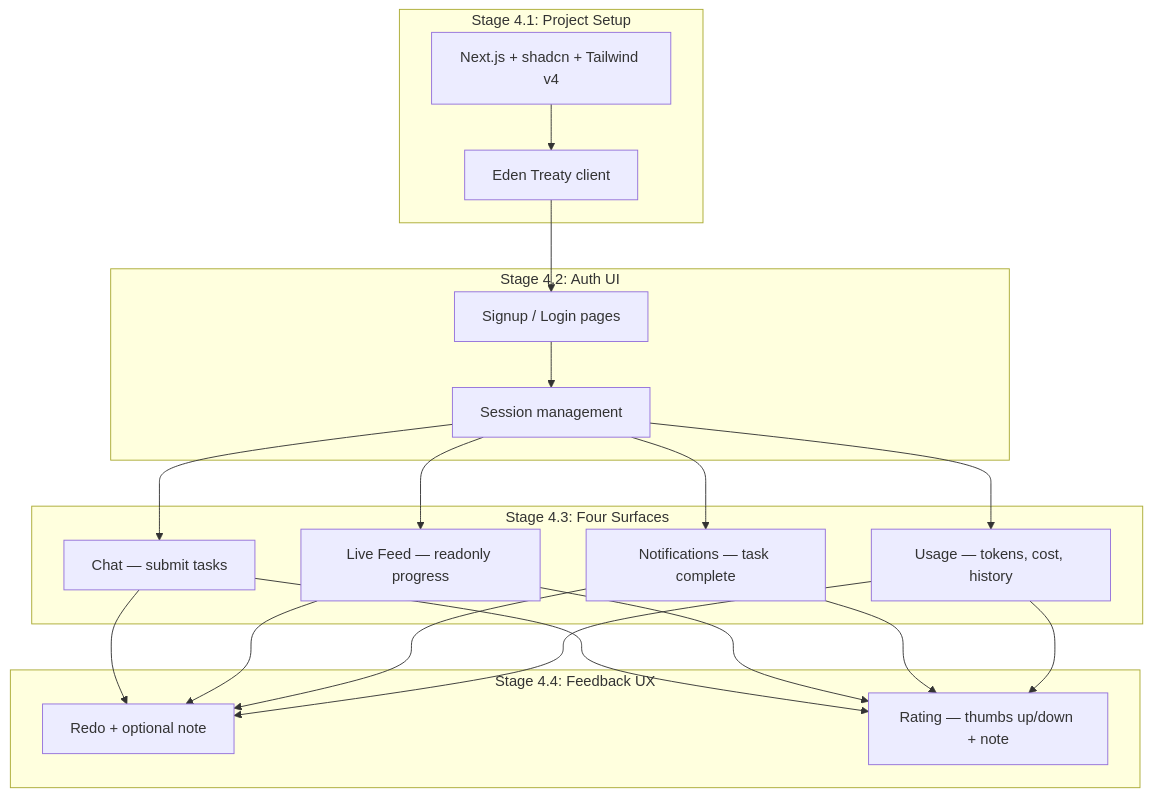
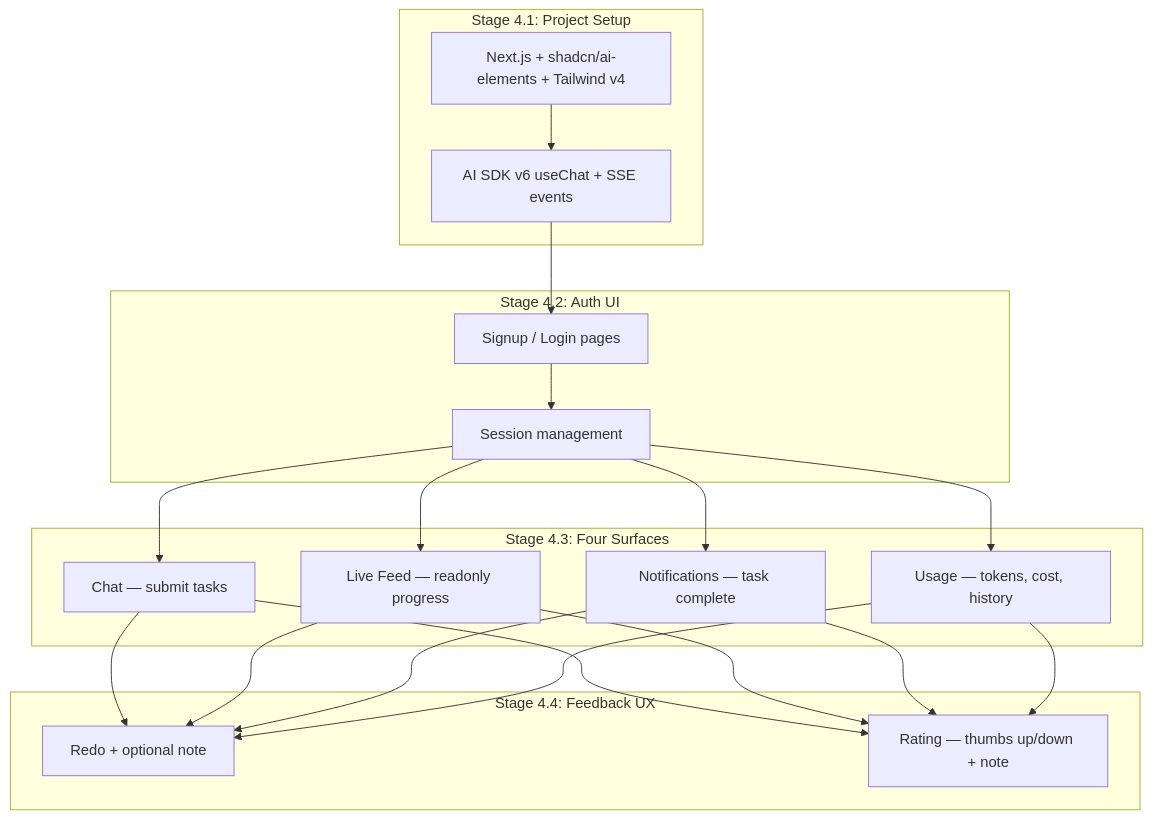
One commit to 1qh/claw changed the first of 4 diagrams in plan/04-frontend.md. Above: the diagram before and after it, drawn with Mermaid. The commit also changed other lines of this file and 181 other files, not shown here.

First line of the commit message:
Phase 4: Next.js frontend with shadcn, better-auth

````diff
--- a/plan/04-frontend.md
+++ b/plan/04-frontend.md
@@ -9,26 +9,26 @@
 ```mermaid
 graph TB
     subgraph "Stage 4.1: Project Setup"
-        S1[Next.js + shadcn + Tailwind v4]
-        S2[Eden Treaty client]
+        S1[Next.js + shadcn/ai-elements + Tailwind v4]
+        S2[AI SDK v6 useChat + SSE events]
     end
 
     subgraph "Stage 4.2: Auth UI"
         A1[Signup / Login pages]
         A2[Session management]
     end
 
     subgraph "Stage 4.3: Four Surfaces"
         C[Chat — submit tasks]
         F[Live Feed — readonly progress]
         N[Notifications — task complete]
         U[Usage — tokens, cost, history]
     end
 
     subgraph "Stage 4.4: Feedback UX"
         R[Redo + optional note]
         RT[Rating — thumbs up/down + note]
     end
 
     S1 --> S2 --> A1 --> A2 --> C & F & N & U --> R & RT
 ```
````
